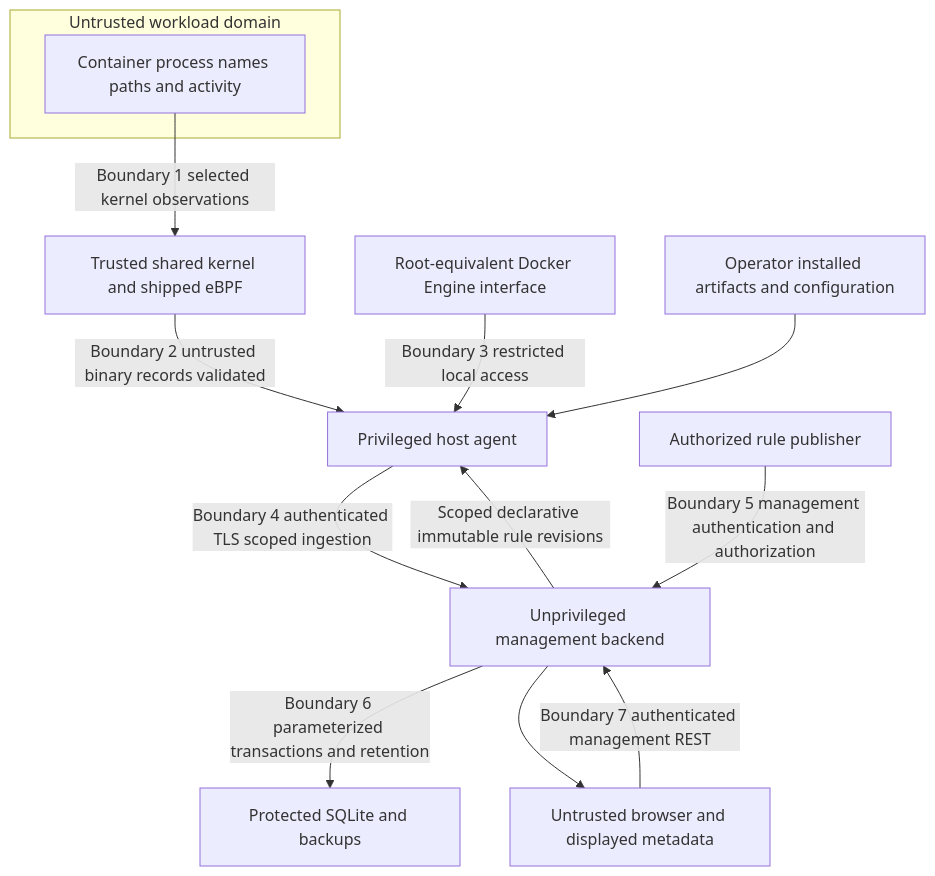
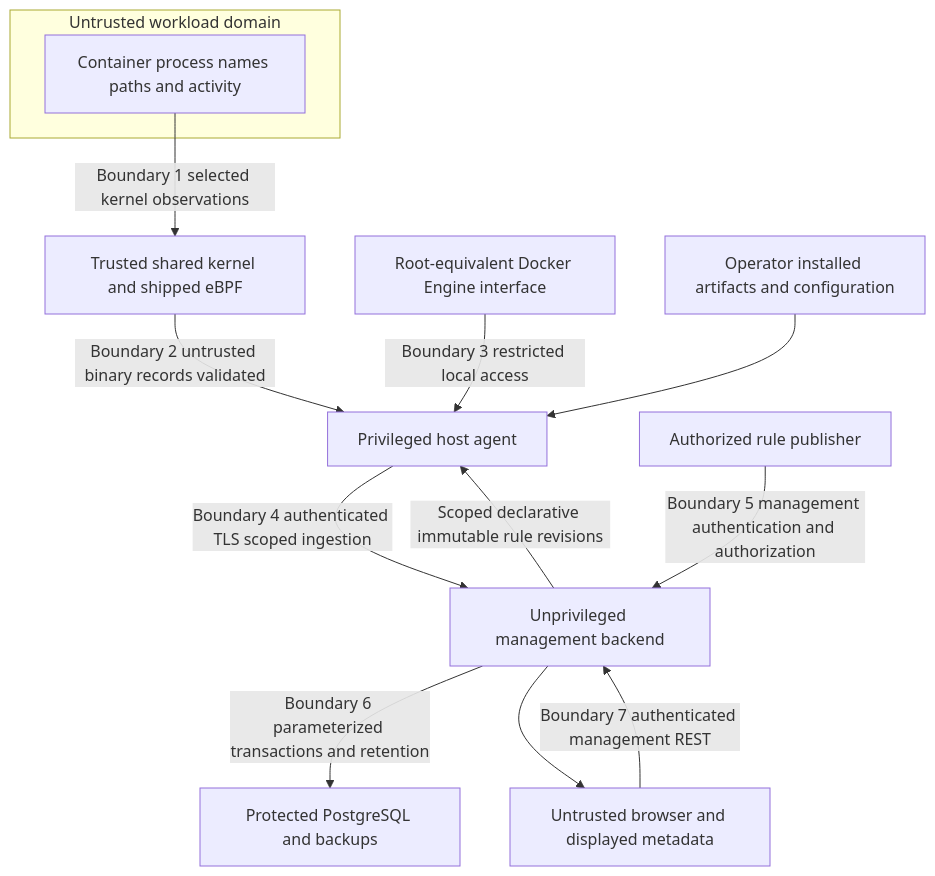
The diagram in docs/architecture/threat-model.md (melanch0l/Argus), drawn with Mermaid before and after one commit. The commit also changed other lines of this file and 76 other files, not shown here.

Commit message:
feat: establish Phase 2 foundation with PostgreSQL

````diff
--- a/docs/architecture/threat-model.md
+++ b/docs/architecture/threat-model.md
@@ -23,16 +23,16 @@
 ```mermaid
 flowchart TD
     subgraph Untrusted[Untrusted workload domain]
         Workload[Container process names paths and activity]
     end
     Workload -->|Boundary 1 selected kernel observations| Kernel[Trusted shared kernel and shipped eBPF]
     Kernel -->|Boundary 2 untrusted binary records validated| Agent[Privileged host agent]
     Docker[Root-equivalent Docker Engine interface] -->|Boundary 3 restricted local access| Agent
     Artifacts[Operator installed artifacts and configuration] --> Agent
     Agent -->|Boundary 4 authenticated TLS scoped ingestion| Backend[Unprivileged management backend]
     Publisher[Authorized rule publisher] -->|Boundary 5 management authentication and authorization| Backend
     Backend -->|Scoped declarative immutable rule revisions| Agent
-    Backend -->|Boundary 6 parameterized transactions and retention| Database[Protected SQLite and backups]
+    Backend -->|Boundary 6 parameterized transactions and retention| Database[Protected PostgreSQL and backups]
     Browser[Untrusted browser and displayed metadata] -->|Boundary 7 authenticated management REST| Backend
     Backend --> Browser
 ```
````
